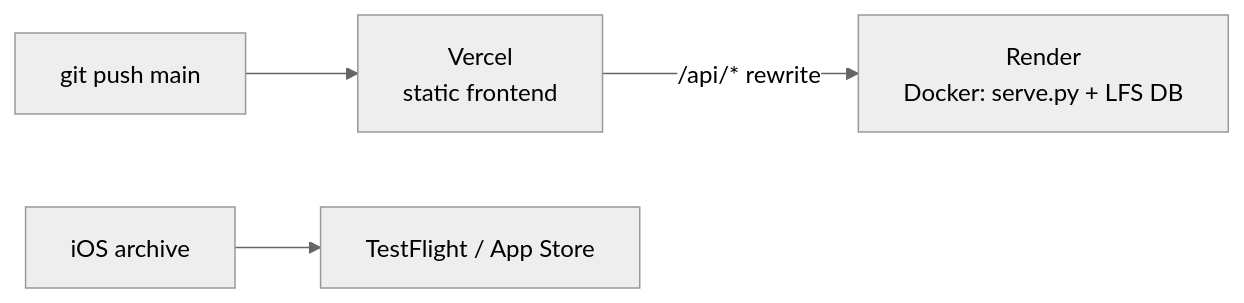
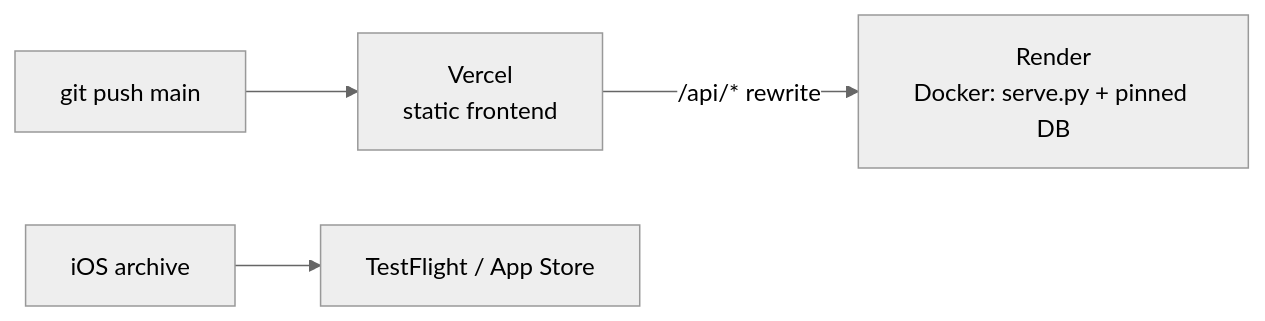
Before and after one commit to Algorythmos-AI/sggs-knowledge-base: the third of 3 diagrams in docs/architecture/overview.md, drawn with Mermaid (neutral theme). The commit also changed 3 other files, not shown here.

First line of the commit message:
build(api): the image installs the pinned database itself

````diff
--- a/docs/architecture/overview.md
+++ b/docs/architecture/overview.md
@@ -52,7 +52,7 @@
 ```mermaid
 flowchart LR
     dev[git push main] --> vercel[Vercel<br/>static frontend]
-    vercel -->|/api/* rewrite| render[Render<br/>Docker: serve.py + LFS DB]
+    vercel -->|/api/* rewrite| render[Render<br/>Docker: serve.py + pinned DB]
     ios2[iOS archive] --> tf[TestFlight / App Store]
     classDef n fill:#1a3a6b,color:#fff;
 ```
````
